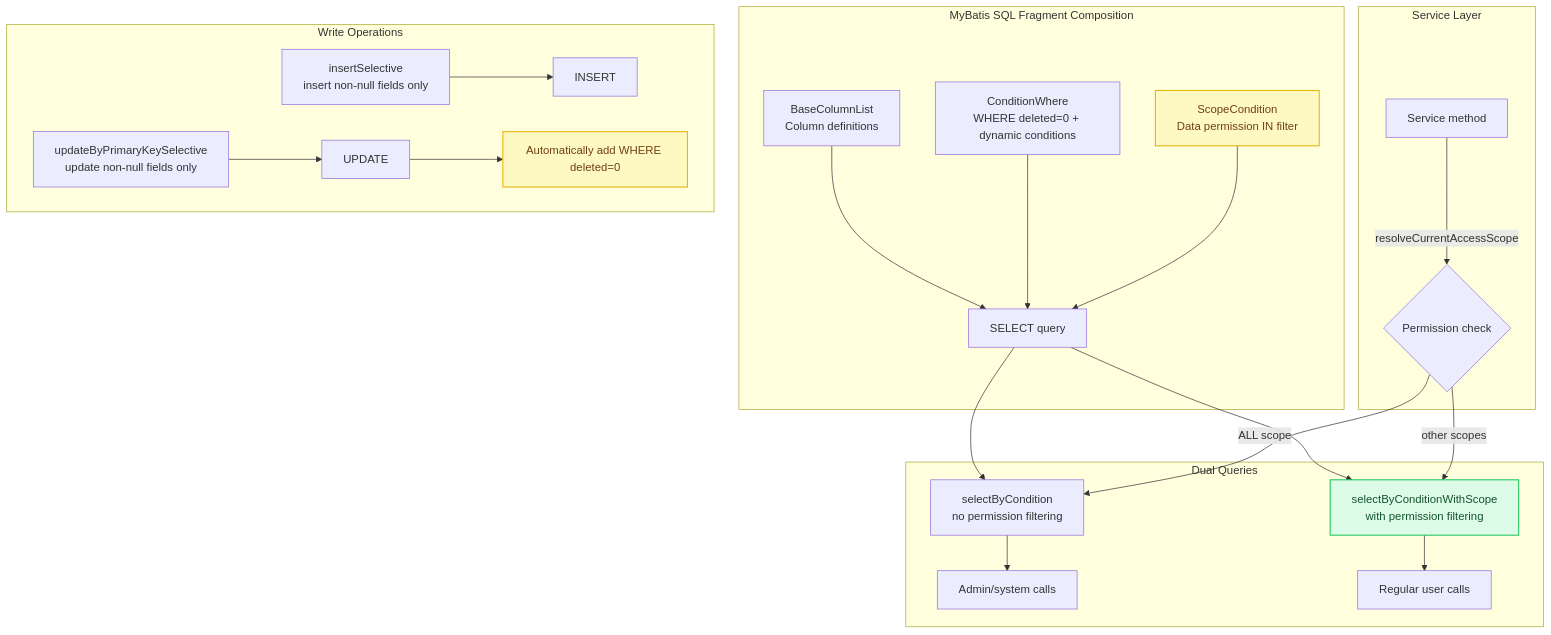
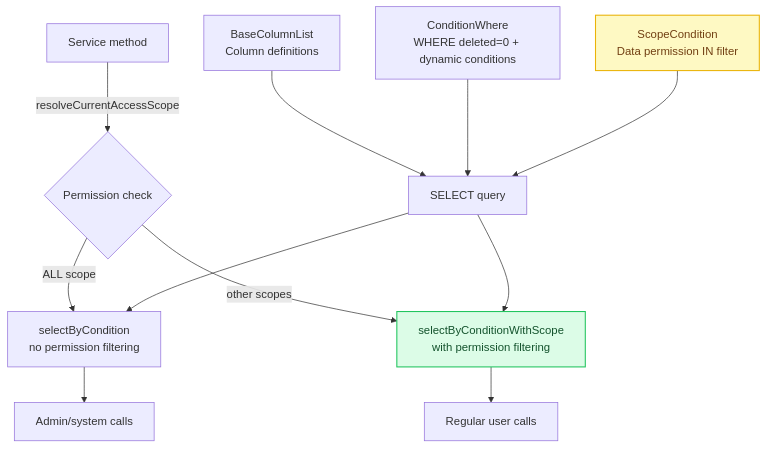
The first of 2 diagrams in en/architecture/mybatis-patterns.md (StevenTsai/distribution-architecture), drawn with Mermaid before and after one commit. The commit also changed other lines of this file and 37 other files, not shown here.

First line of the commit message:
docs: replace ASCII diagrams with Mermaid and improve layout

````diff
--- a/en/architecture/mybatis-patterns.md
+++ b/en/architecture/mybatis-patterns.md
@@ -11,33 +13,19 @@
 ```mermaid
 flowchart TB
-    subgraph SQLFragment["MyBatis SQL Fragment Composition"]
-        A["BaseColumnList<br/>Column definitions"] --> D[SELECT query]
-        B["ConditionWhere<br/>WHERE deleted=0 + dynamic conditions"] --> D
-        C["ScopeCondition<br/>Data permission IN filter"] --> D
-    end
+    A["BaseColumnList<br/>Column definitions"] --> D[SELECT query]
+    B["ConditionWhere<br/>WHERE deleted=0 + dynamic conditions"] --> D
+    C["ScopeCondition<br/>Data permission IN filter"] --> D
 
-    subgraph DualQueries["Dual Queries"]
-        D --> E["selectByCondition<br/>no permission filtering"]
-        D --> F["selectByConditionWithScope<br/>with permission filtering"]
-        E --> G[Admin/system calls]
-        F --> H[Regular user calls]
-    end
-
-    subgraph ServiceLayer["Service Layer"]
-        I[Service method] -->|resolveCurrentAccessScope| J{Permission check}
-        J -->|ALL scope| E
-        J -->|other scopes| F
-    end
-
-    subgraph WriteOps["Write Operations"]
-        K["insertSelective<br/>insert non-null fields only"] --> L[INSERT]
-        M["updateByPrimaryKeySelective<br/>update non-null fields only"] --> N[UPDATE]
-        N --> O["Automatically add WHERE deleted=0"]
-    end
+    I[Service method] -->|resolveCurrentAccessScope| J{Permission check}
+    J -->|ALL scope| E["selectByCondition<br/>no permission filtering"]
+    J -->|other scopes| F["selectByConditionWithScope<br/>with permission filtering"]
+    D --> E
+    D --> F
+    E --> G[Admin/system calls]
+    F --> H[Regular user calls]
 
     class C warning
     class F success
-    class O warning
     classDef success fill:#dcfce7,stroke:#22c55e,color:#14532d,stroke-width:1.5px
     classDef warning fill:#fef9c3,stroke:#eab308,color:#713f12,stroke-width:1.5px
 ```
````
